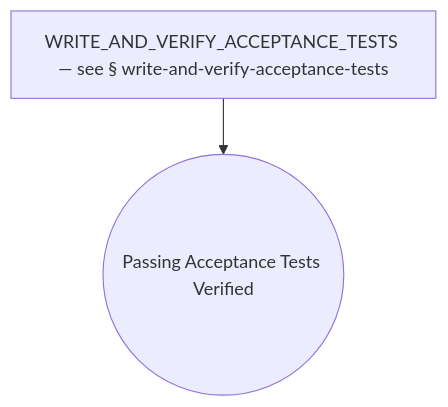
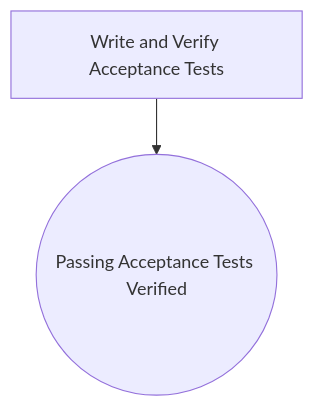
Diagram 14 of 50 in docs/process-diagram.md (optivem/gh-optivem), drawn with Mermaid before and after one commit. The commit also changed other lines of this file and 6 other files, not shown here.

````diff
--- a/docs/process-diagram.md
+++ b/docs/process-diagram.md
@@ -328,7 +328,7 @@
 ```mermaid
 flowchart TD
     WAV_AT_PASS_END((Passing Acceptance Tests Verified))
-    WRITE_AND_VERIFY_ACCEPTANCE_TESTS[WRITE_AND_VERIFY_ACCEPTANCE_TESTS — see § write-and-verify-acceptance-tests]
+    WRITE_AND_VERIFY_ACCEPTANCE_TESTS[Write and Verify Acceptance Tests]
 
     WRITE_AND_VERIFY_ACCEPTANCE_TESTS --> WAV_AT_PASS_END
 ```
````
